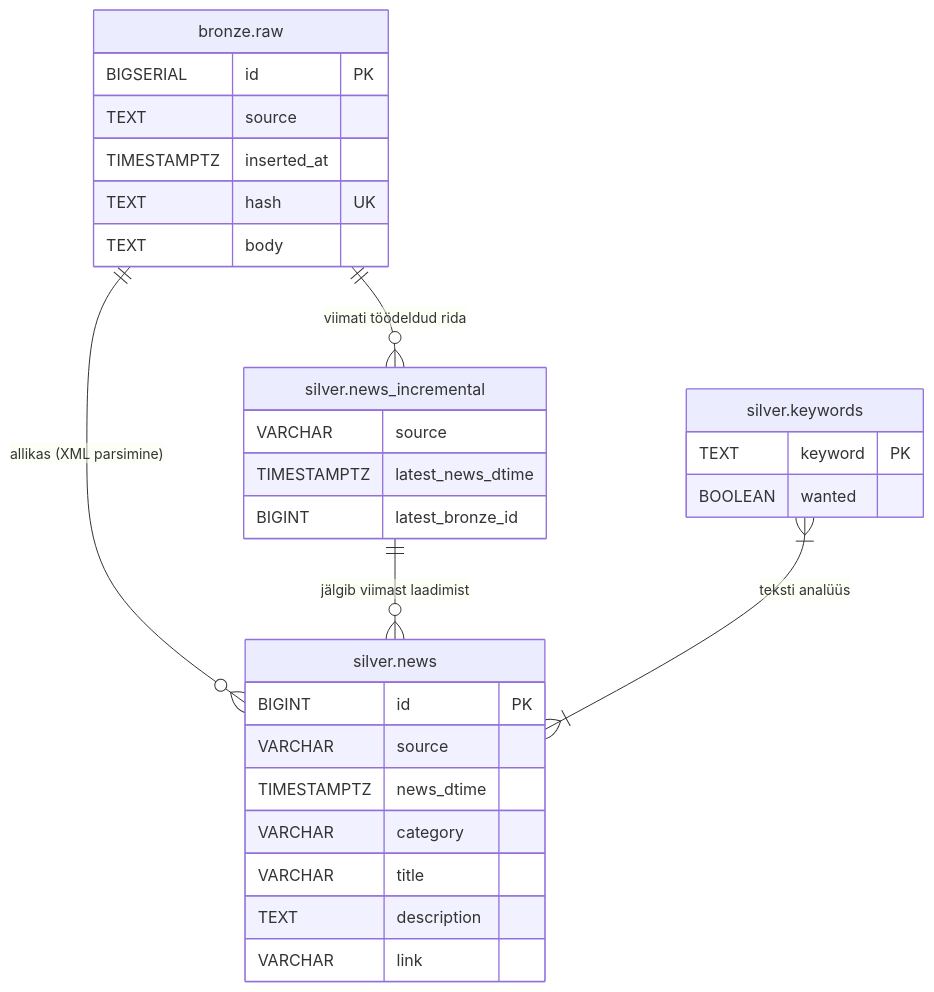
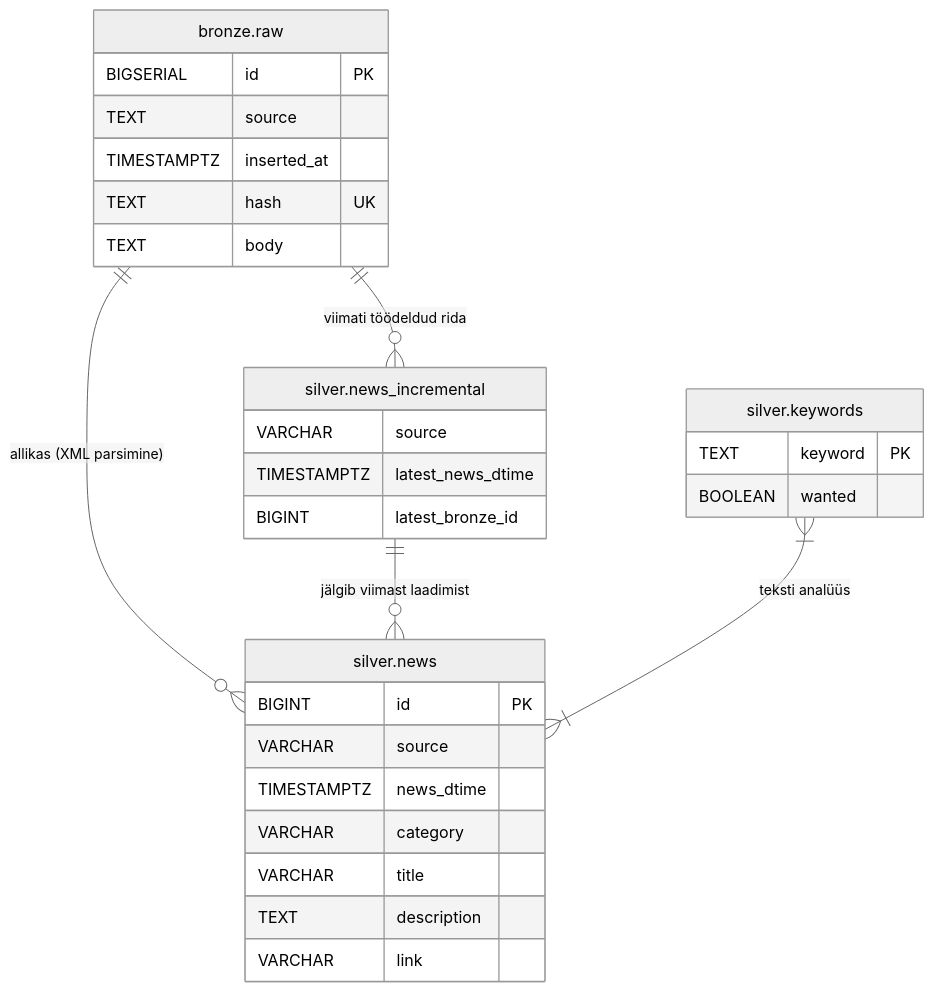
One commit to kaidokariste/ut-aik-grupitoo changed the second of 2 diagrams in RDS/README.md. Above: the diagram before and after it, drawn with Mermaid. The commit also changed other lines of this file and 2 other files, not shown here.

Commit message:
mermaid theme fix

````diff
--- a/RDS/README.md
+++ b/RDS/README.md
@@ -82,36 +85,37 @@
 ```mermaid
+%%{init: {'theme': 'neutral'}}%%
 erDiagram
     "bronze.raw" {
         BIGSERIAL id PK
         TEXT source
         TIMESTAMPTZ inserted_at
         TEXT hash UK
         TEXT body
     }
 
     "silver.news" {
         BIGINT id PK
         VARCHAR source
         TIMESTAMPTZ news_dtime
         VARCHAR category
         VARCHAR title
         TEXT description
         VARCHAR link
     }
 
     "silver.news_incremental" {
         VARCHAR source
         TIMESTAMPTZ latest_news_dtime
         BIGINT latest_bronze_id
     }
 
     "silver.keywords" {
         TEXT keyword PK
         BOOLEAN wanted
     }
 
     "bronze.raw" ||--o{ "silver.news" : "allikas (XML parsimine)"
     "bronze.raw" ||--o{ "silver.news_incremental" : "viimati töödeldud rida"
     "silver.news_incremental" ||--o{ "silver.news" : "jälgib viimast laadimist"
     "silver.keywords" }|--|{ "silver.news" : "teksti analüüs"
 ```
````
